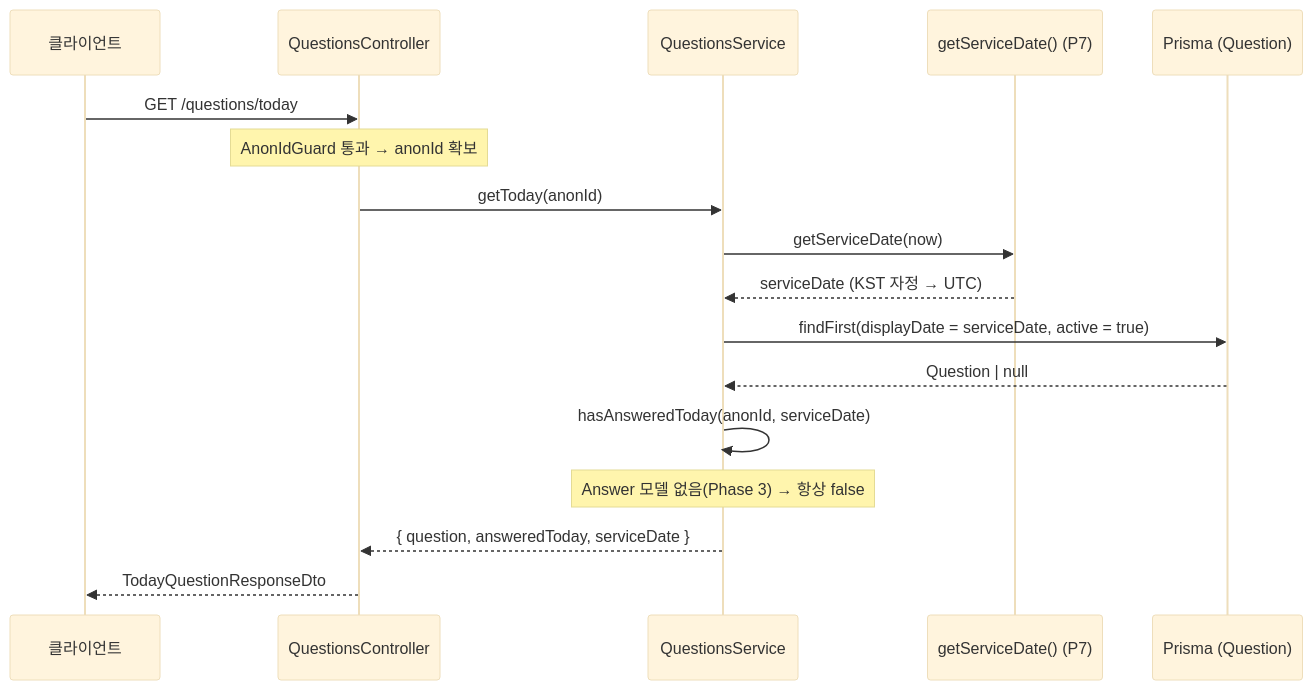
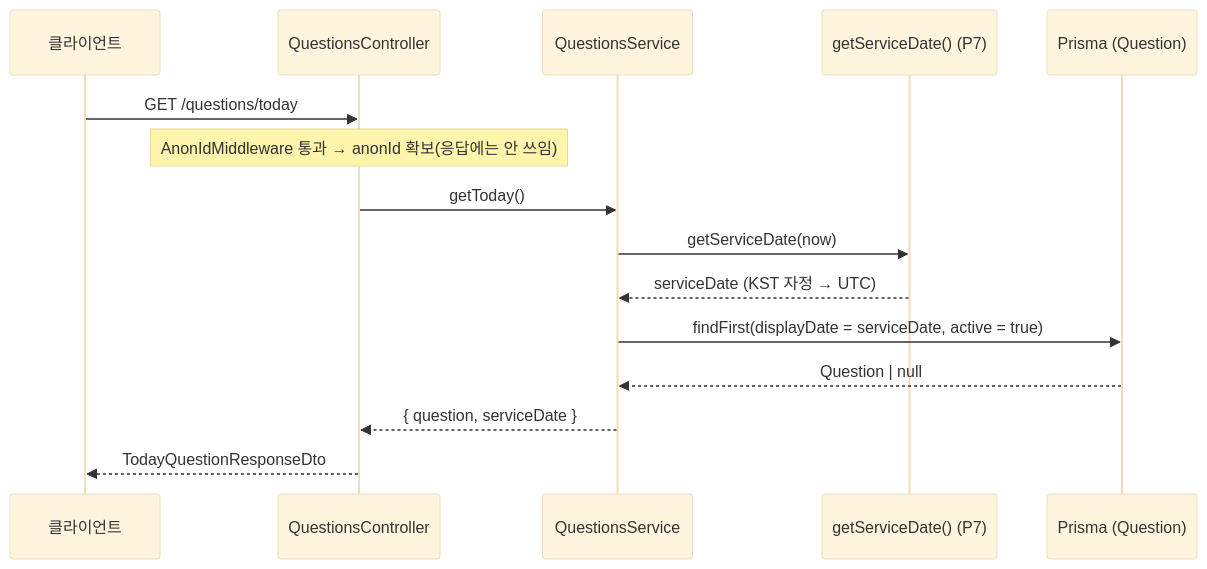
The second of 4 diagrams in README.md (side-project01/haru-hana-backend), drawn with Mermaid (base theme) before and after one commit. The commit also changed other lines of this file and 3 other files, not shown here.

````diff
--- a/README.md
+++ b/README.md
@@ -92,20 +93,18 @@
 ```mermaid
 sequenceDiagram
     participant C as 클라이언트
     participant Ctrl as QuestionsController
     participant Svc as QuestionsService
     participant U as getServiceDate() (P7)
     participant DB as Prisma (Question)
 
     C->>Ctrl: GET /questions/today
-    Note over Ctrl: AnonIdGuard 통과 → anonId 확보
-    Ctrl->>Svc: getToday(anonId)
+    Note over Ctrl: AnonIdMiddleware 통과 → anonId 확보(응답에는 안 쓰임)
+    Ctrl->>Svc: getToday()
     Svc->>U: getServiceDate(now)
     U-->>Svc: serviceDate (KST 자정 → UTC)
     Svc->>DB: findFirst(displayDate = serviceDate, active = true)
     DB-->>Svc: Question | null
-    Svc->>Svc: hasAnsweredToday(anonId, serviceDate)
-    Note over Svc: Answer 모델 없음(Phase 3) → 항상 false
-    Svc-->>Ctrl: { question, answeredToday, serviceDate }
+    Svc-->>Ctrl: { question, serviceDate }
     Ctrl-->>C: TodayQuestionResponseDto
 ```
````
